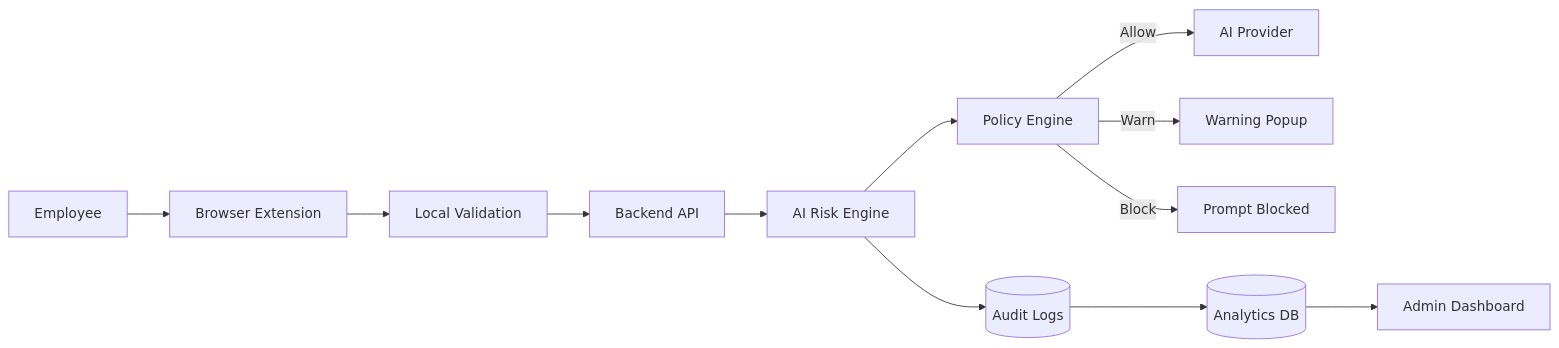
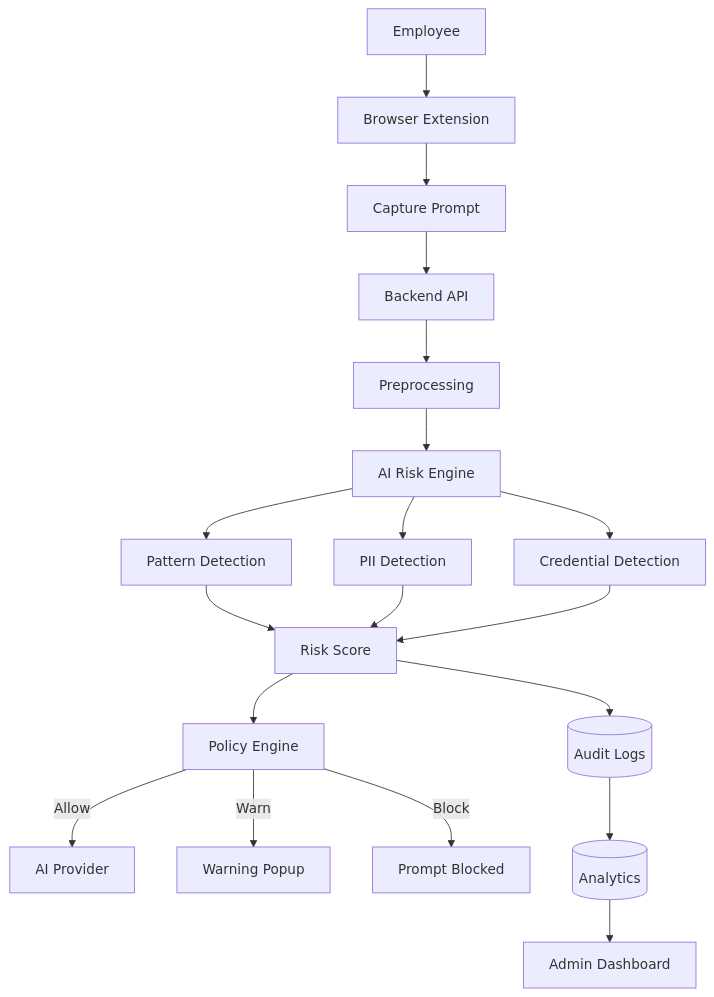
Before and after one commit to DurvaShidruk/ShadowAI: the first of 8 diagrams in docs/ARCHITECTURE.md, drawn with Mermaid.

Commit message:
Enhance architecture diagram with new components
Updated the architecture diagram to include additional components such as Preprocessing, Pattern Detection, PII Detection, and Credential Detection.

````diff
--- a/docs/ARCHITECTURE.md
+++ b/docs/ARCHITECTURE.md
@@ -10,16 +10,39 @@
 ```mermaid
-flowchart LR
-A[Employee] --> B[Browser Extension]
-B --> C[Local Validation]
-C --> D[Backend API]
-D --> E[AI Risk Engine]
-E --> F[Policy Engine]
+flowchart TB
 
-F -->|Allow| G[AI Provider]
-F -->|Warn| H[Warning Popup]
-F -->|Block| I[Prompt Blocked]
+A[Employee]
 
-E --> J[(Audit Logs)]
-J --> K[(Analytics DB)]
-K --> L[Admin Dashboard]
+--> B[Browser Extension]
+
+--> C[Capture Prompt]
+
+--> D[Backend API]
+
+D --> E[Preprocessing]
+
+E --> F[AI Risk Engine]
+
+F --> G[Pattern Detection]
+
+F --> H[PII Detection]
+
+F --> I[Credential Detection]
+
+G --> J[Risk Score]
+H --> J
+I --> J
+
+J --> K[Policy Engine]
+
+K -->|Allow| L[AI Provider]
+
+K -->|Warn| M[Warning Popup]
+
+K -->|Block| N[Prompt Blocked]
+
+J --> O[(Audit Logs)]
+
+O --> P[(Analytics)]
+
+P --> Q[Admin Dashboard]
 ```
````
